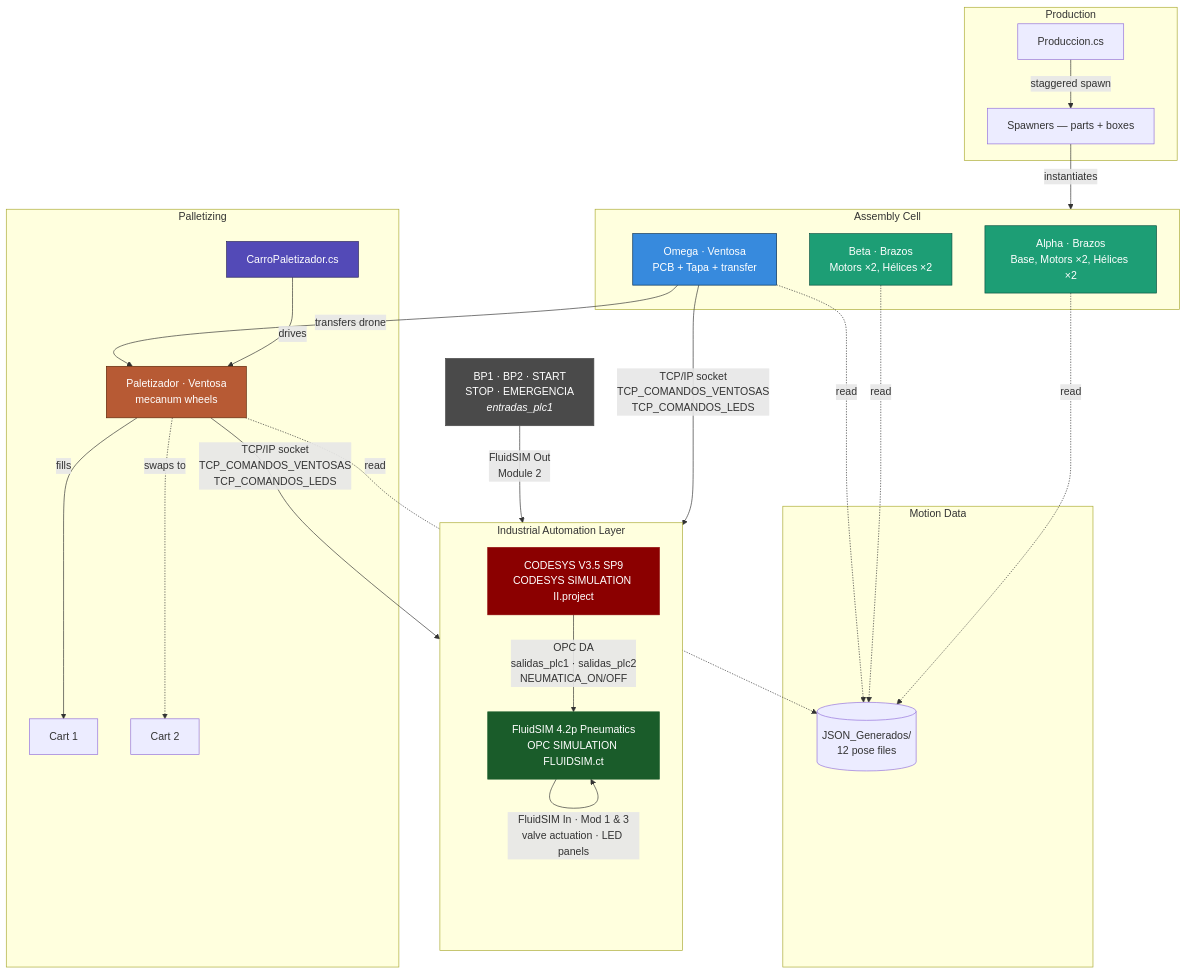
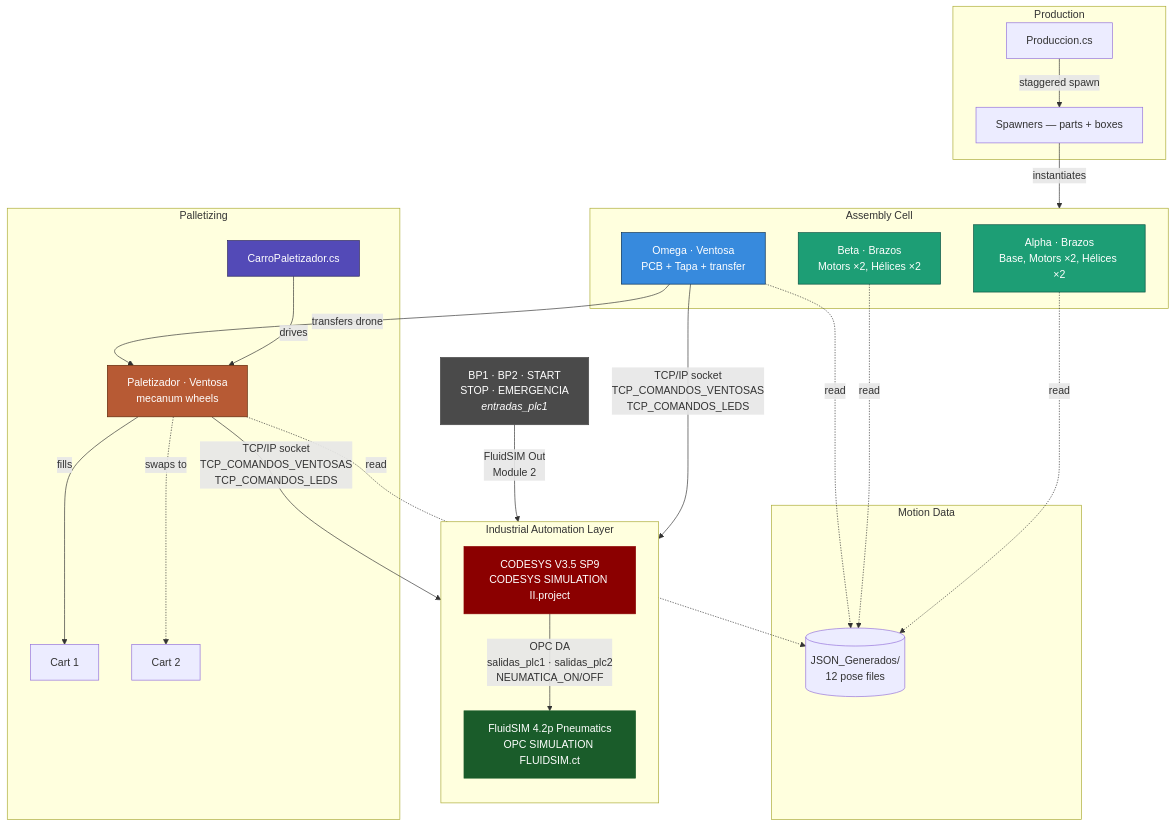
The fourth of 12 diagrams in README.md (jorgefajardom-coder/drone-packaging-simulation-unity), drawn with Mermaid before and after one commit. The commit also changed other lines of this file, not shown here.

First line of the commit message:
docs: rehace diagramas y elimina versión Unity redundante

````diff
--- a/README.md
+++ b/README.md
@@ -316,47 +320,46 @@
 ```mermaid
 graph TB
     subgraph EXT["Industrial Automation Layer"]
         direction TB
         PLC["CODESYS V3.5 SP9<br/>CODESYS SIMULATION II.project"]
         OPC["FluidSIM 4.2p Pneumatics<br/>OPC SIMULATION FLUIDSIM.ct"]
         PLC -->|"OPC DA<br/>salidas_plc1 · salidas_plc2<br/>NEUMATICA_ON/OFF"| OPC
     end
 
     subgraph PROD["Production"]
         P[Produccion.cs] -->|staggered spawn| SP[Spawners — parts + boxes]
     end
 
     subgraph JSON["Motion Data"]
         JF[(JSON_Generados/<br/>12 pose files)]
     end
 
     subgraph ASSEMBLY["Assembly Cell"]
         B1[Alpha · Brazos<br/>Base, Motors ×2, Hélices ×2]
         B2[Beta · Brazos<br/>Motors ×2, Hélices ×2]
         B3[Omega · Ventosa<br/>PCB + Tapa + transfer]
     end
 
     subgraph PALLET["Palletizing"]
         CARRO[CarroPaletizador.cs] -->|drives| B4[Paletizador · Ventosa<br/>mecanum wheels]
         B4 -->|fills| C1[Cart 1]
         B4 -.->|swaps to| C2[Cart 2]
     end
 
     HW["BP1 · BP2 · START<br/>STOP · EMERGENCIA<br/><i>entradas_plc1</i>"]
 
     SP -->|instantiates| ASSEMBLY
     B1 & B2 & B3 & B4 -. read .-> JF
     B3 -->|transfers drone| B4
     B3 & B4 -->|"TCP/IP socket<br/>TCP_COMANDOS_VENTOSAS<br/>TCP_COMANDOS_LEDS"| PLC
     HW -->|"FluidSIM Out<br/>Module 2"| PLC
-    OPC -->|"FluidSIM In · Mod 1 & 3<br/>valve actuation · LED panels"| OPC
 
     style B1 fill:#1D9E75,stroke:#085041,color:#fff
     style B2 fill:#1D9E75,stroke:#085041,color:#fff
     style B3 fill:#378ADD,stroke:#042C53,color:#fff
     style B4 fill:#B75A34,stroke:#5C2506,color:#fff
     style CARRO fill:#534AB7,stroke:#26215C,color:#fff
     style PLC fill:#8b0000,color:#fff,stroke:#8b0000
     style OPC fill:#1a5c2a,color:#fff,stroke:#1a5c2a
     style HW fill:#4a4a4a,color:#fff,stroke:#4a4a4a
 ```
````
